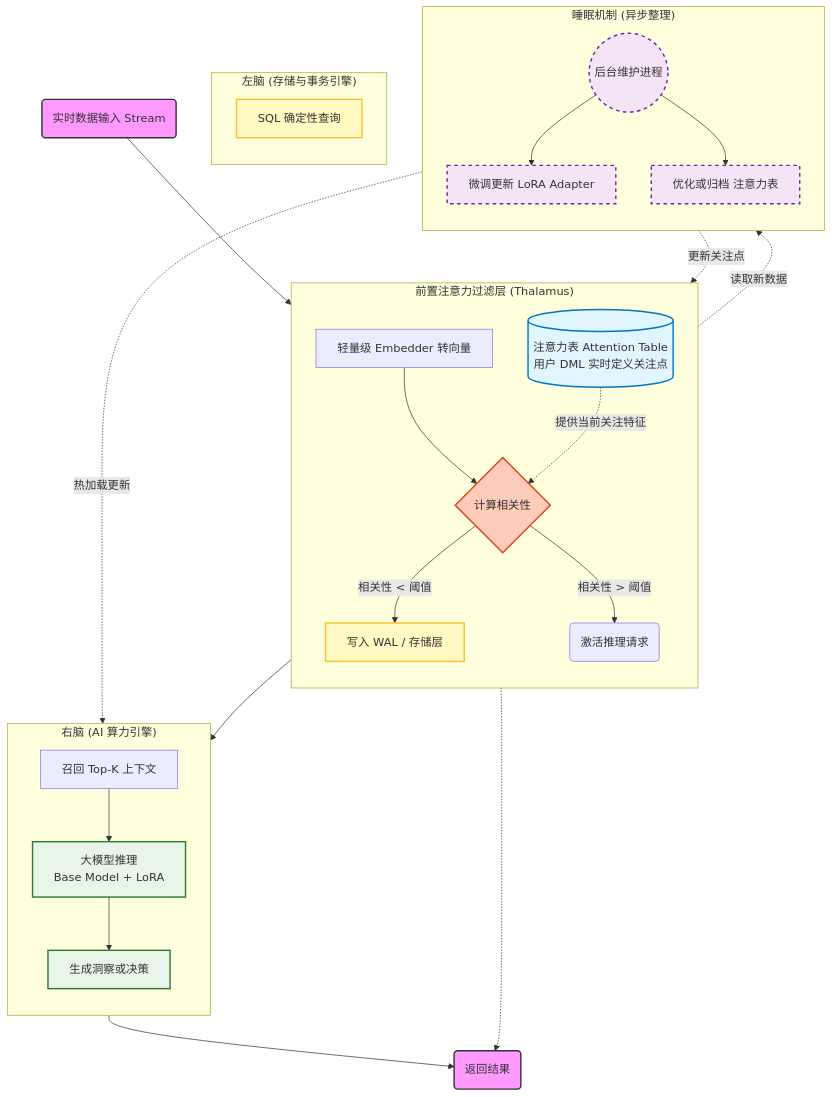
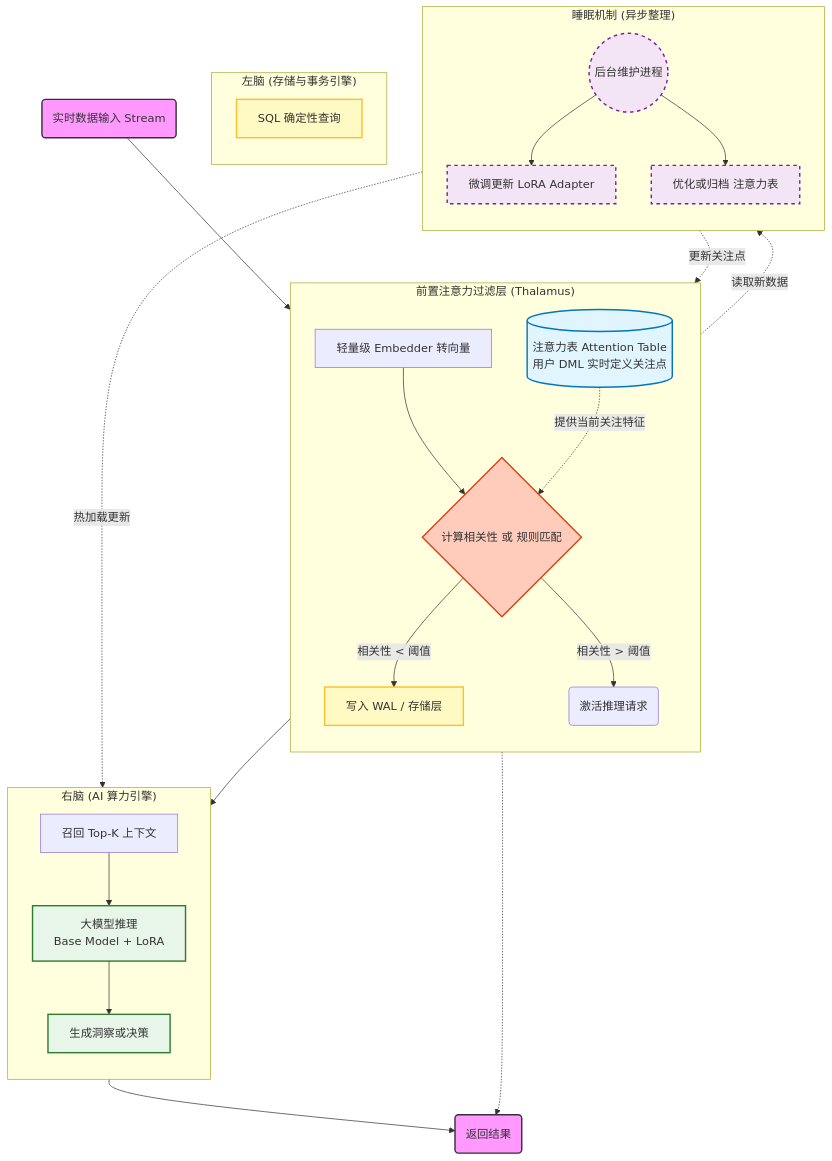
One commit to digoal/blog changed the diagram in 202602/20260203_02.md. Above: the diagram before and after it, drawn with Mermaid.

````diff
--- a/202602/20260203_02.md
+++ b/202602/20260203_02.md
@@ -59,58 +59,58 @@
 ```mermaid
 flowchart TB
     %% 样式定义
     classDef input fill:#f9f,stroke:#333,stroke-width:2px;
     classDef memory fill:#e1f5fe,stroke:#0277bd,stroke-width:2px;
     classDef brainLeft fill:#fff9c4,stroke:#fbc02d,stroke-width:2px;
     classDef brainRight fill:#e8f5e9,stroke:#2e7d32,stroke-width:2px;
     classDef sleep fill:#f3e5f5,stroke:#7b1fa2,stroke-width:2px,stroke-dasharray: 5 5;
     classDef decision fill:#ffccbc,stroke:#d84315,stroke-width:2px;
 
     %% 外部输入
     UserRequest("实时数据输入 Stream"):::input --> FastEmbed["轻量级 Embedder 转向量"]
 
     %% 核心区域：注意力门控机制
     subgraph AttentionMechanism ["前置注意力过滤层 (Thalamus)"]
         direction TB
-        FastEmbed --> VectorCalc{"计算相关性"}:::decision
+        FastEmbed --> VectorCalc{"计算相关性 或 规则匹配"}:::decision
         
         AttentionTable[("注意力表 Attention Table <br/> 用户 DML 实时定义关注点")]:::memory
         
         AttentionTable -.->|"提供当前关注特征"| VectorCalc
         
         VectorCalc -- "相关性 < 阈值" --> WriteLog
         VectorCalc -- "相关性 > 阈值" --> ActivateRightBrain
     end
 
     %% 左脑：存储与逻辑
     subgraph LeftBrain ["左脑 (存储与事务引擎)"]
         direction TB
         WriteLog["写入 WAL / 存储层"]:::brainLeft
         QueryExec["SQL 确定性查询"]:::brainLeft
     end
 
     %% 右脑：AI处理
     subgraph RightBrain ["右脑 (AI 算力引擎)"]
         direction TB
         ActivateRightBrain("激活推理请求") --> LoadContext["召回 Top-K 上下文"]
         LoadContext --> LLMInference["大模型推理 <br/> Base Model + LoRA"]:::brainRight
         LLMInference --> GenResult["生成洞察或决策"]:::brainRight
     end
 
     %% 睡眠机制：后台维护
     subgraph SleepMode ["睡眠机制 (异步整理)"]
         direction TB
         bgJob(("后台维护进程")):::sleep
         
         WriteLog -.->|"读取新数据"| bgJob
         bgJob --> TrainLoRA["微调更新 LoRA Adapter"]:::sleep
         TrainLoRA -.->|"热加载更新"| LLMInference
         
         bgJob --> CleanAttn["优化或归档 注意力表"]:::sleep
         CleanAttn -.->|"更新关注点"| AttentionTable
     end
 
     %% 结果输出
     GenResult --> Output("返回结果"):::input
     WriteLog -.-> Output
 ```
````
